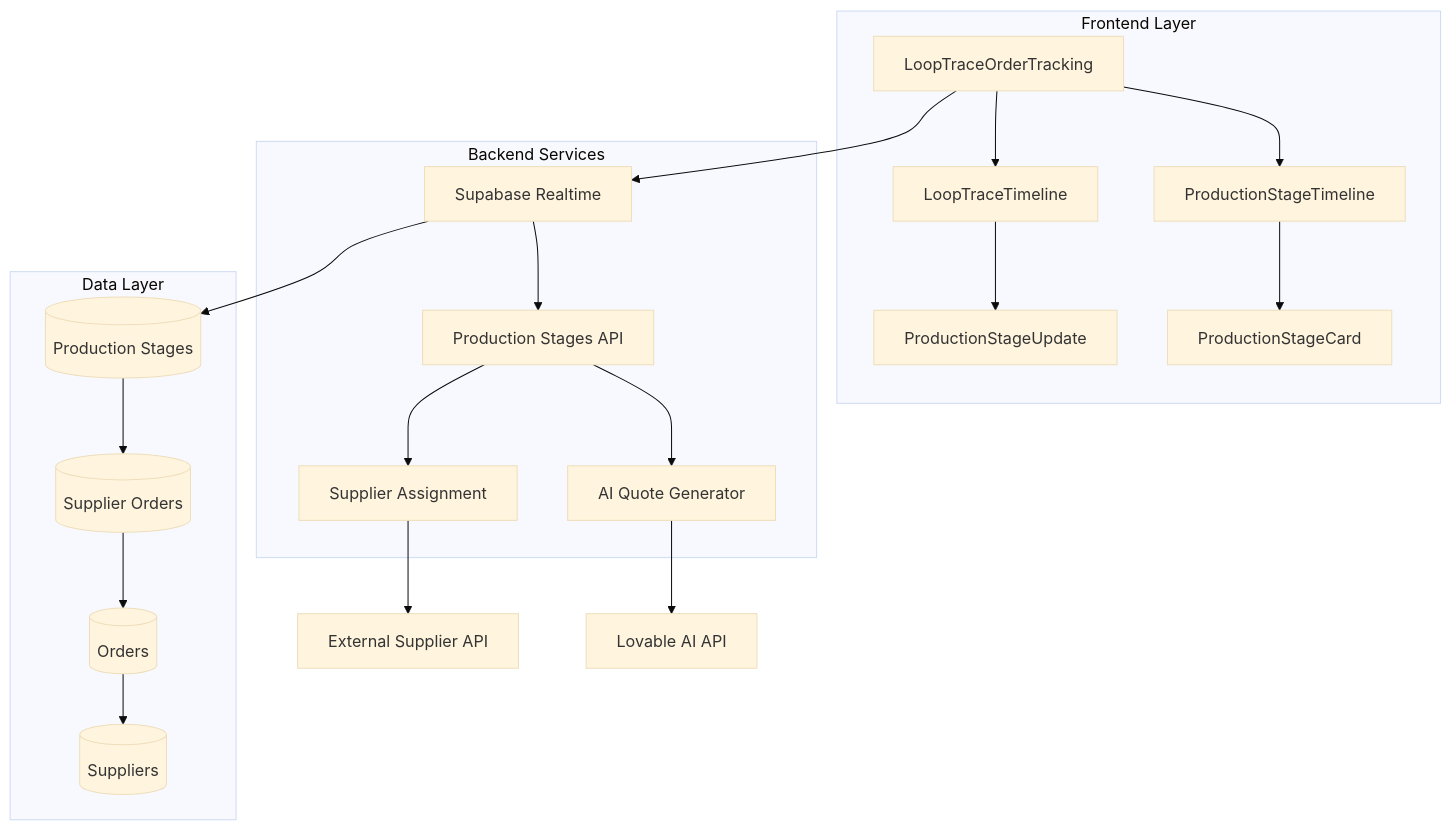
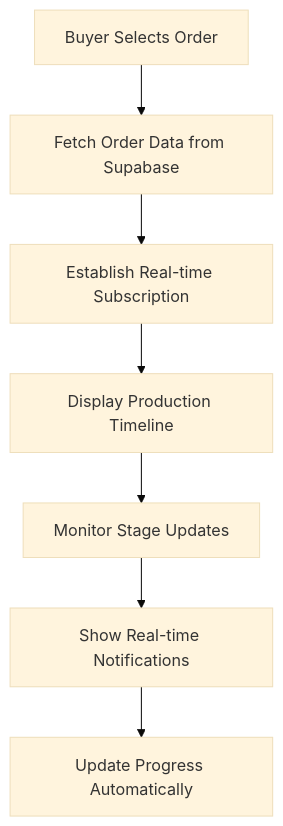
Before and after one commit to sleekapparels-admin/sleekapp-v100: the first of 5 diagrams in .qoder/repowiki/en/content/Core Features/Core Features.md, drawn with Mermaid (base theme). The commit also changed other lines of this file and 337 other files, not shown here.

First line of the commit message:
docs(api): remove deprecated API Integration and Realtime Data Synchronization docs

````diff
--- a/.qoder/repowiki/en/content/Core Features/Core Features.md
+++ b/.qoder/repowiki/en/content/Core Features/Core Features.md
@@ -50,23 +41,9 @@
 ```mermaid
-graph TB
-subgraph "Frontend Layer"
-A[LoopTraceOrderTracking] --> B[ProductionStageTimeline]
-A --> C[LoopTraceTimeline]
-B --> D[ProductionStageCard]
-C --> E[ProductionStageUpdate]
-end
-subgraph "Backend Services"
-F[Supabase Realtime] --> G[Production Stages API]
-G --> H[AI Quote Generator]
-G --> I[Supplier Assignment]
-end
-subgraph "Data Layer"
-J[(Production Stages)] --> K[(Supplier Orders)]
-K --> L[(Orders)]
-L --> M[(Suppliers)]
-end
-A --> F
-F --> J
-H --> N[Lovable AI API]
-I --> O[External Supplier API]
+flowchart TD
+A[Buyer Selects Order] --> B[Fetch Order Data from Supabase]
+B --> C[Establish Real-time Subscription]
+C --> D[Display Production Timeline]
+D --> E[Monitor Stage Updates]
+E --> F[Show Real-time Notifications]
+F --> G[Update Progress Automatically]
 ```
````
